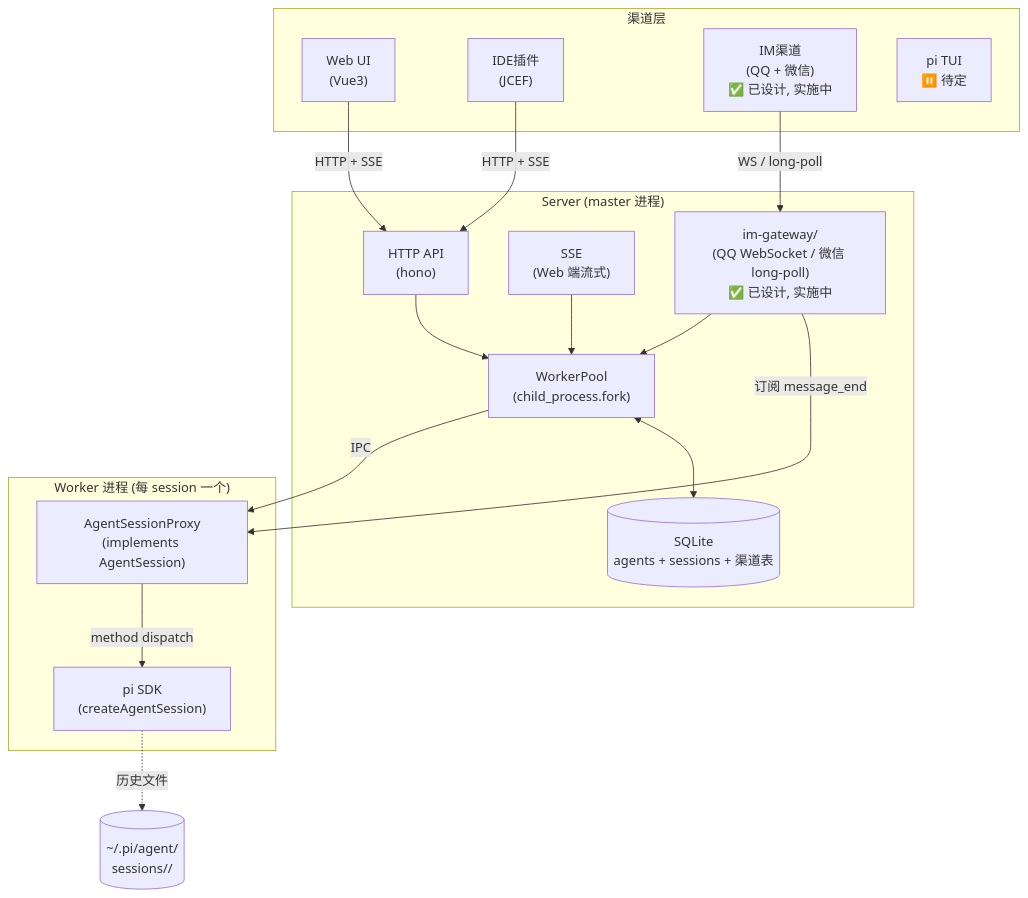
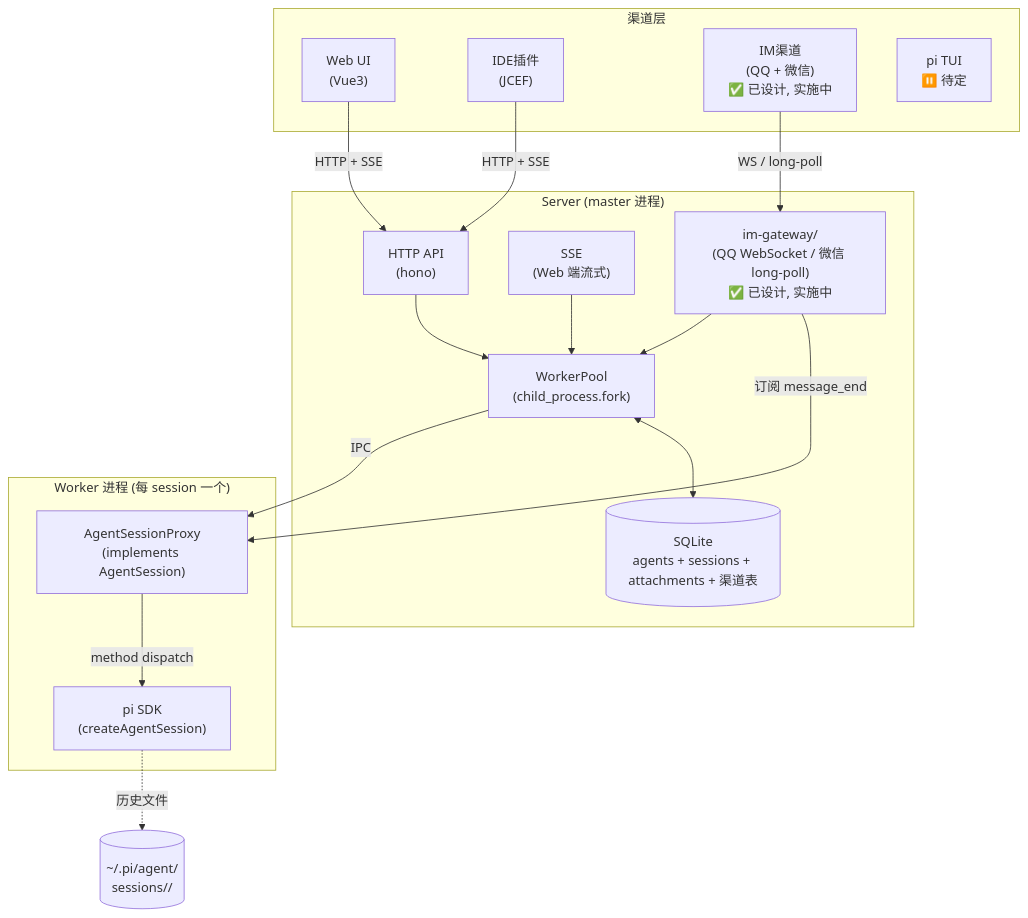
One commit to shinexsf/pi-agent-platform changed the diagram in doc/architecture/current/pi-agent-server_overview.md. Above: the diagram before and after it, drawn with Mermaid. The commit also changed 27 other files, not shown here.

````diff
--- a/doc/architecture/current/pi-agent-server_overview.md
+++ b/doc/architecture/current/pi-agent-server_overview.md
@@ -7,34 +7,34 @@
 ```mermaid
 flowchart TB
     subgraph Client["渠道层"]
         WebUI["Web UI<br/>(Vue3)"]
         IDE["IDE插件<br/>(JCEF)"]
         IM["IM渠道<br/>(QQ + 微信)<br/>✅ 已设计, 实施中"]
         TUI["pi TUI<br/>⏸️ 待定"]
     end
 
     subgraph Master["Server (master 进程)"]
         HTTPAPI["HTTP API<br/>(hono)"]
         SSE["SSE<br/>(Web 端流式)"]
         IMGateway["im-gateway/<br/>(QQ WebSocket / 微信 long-poll)<br/>✅ 已设计, 实施中"]
         WPM["WorkerPool<br/>(child_process.fork)"]
-        DB[("SQLite<br/>agents + sessions + 渠道表")]
+        DB[("SQLite<br/>agents + sessions + attachments + 渠道表")]
     end
 
     subgraph Worker["Worker 进程 (每 session 一个)"]
         Proxy["AgentSessionProxy<br/>(implements AgentSession)"]
         SDK["pi SDK<br/>(createAgentSession)"]
     end
 
     WebUI -->|HTTP + SSE| HTTPAPI
     IDE -->|HTTP + SSE| HTTPAPI
     IM -->|WS / long-poll| IMGateway
     HTTPAPI --> WPM
     SSE --> WPM
     IMGateway --> WPM
     IMGateway -->|订阅 message_end| Proxy
     WPM -->|IPC| Proxy
     Proxy -->|method dispatch| SDK
     WPM <--> DB
     SDK -.->|历史文件| PiHist[(~/.pi/agent/<br/>sessions/<id>/)]
 ```
````
